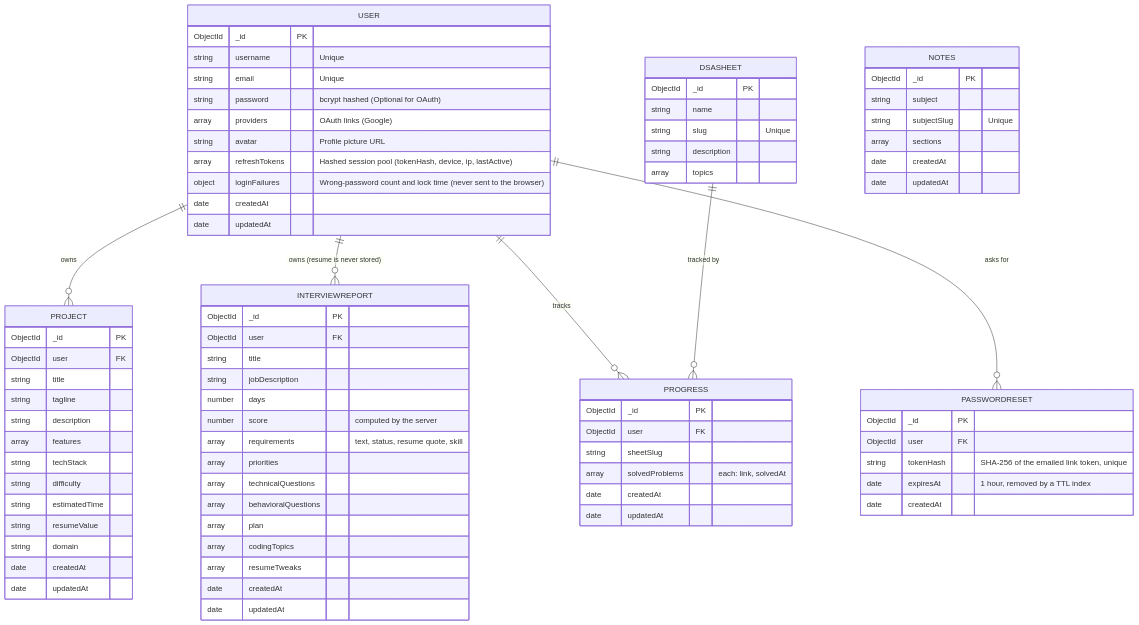
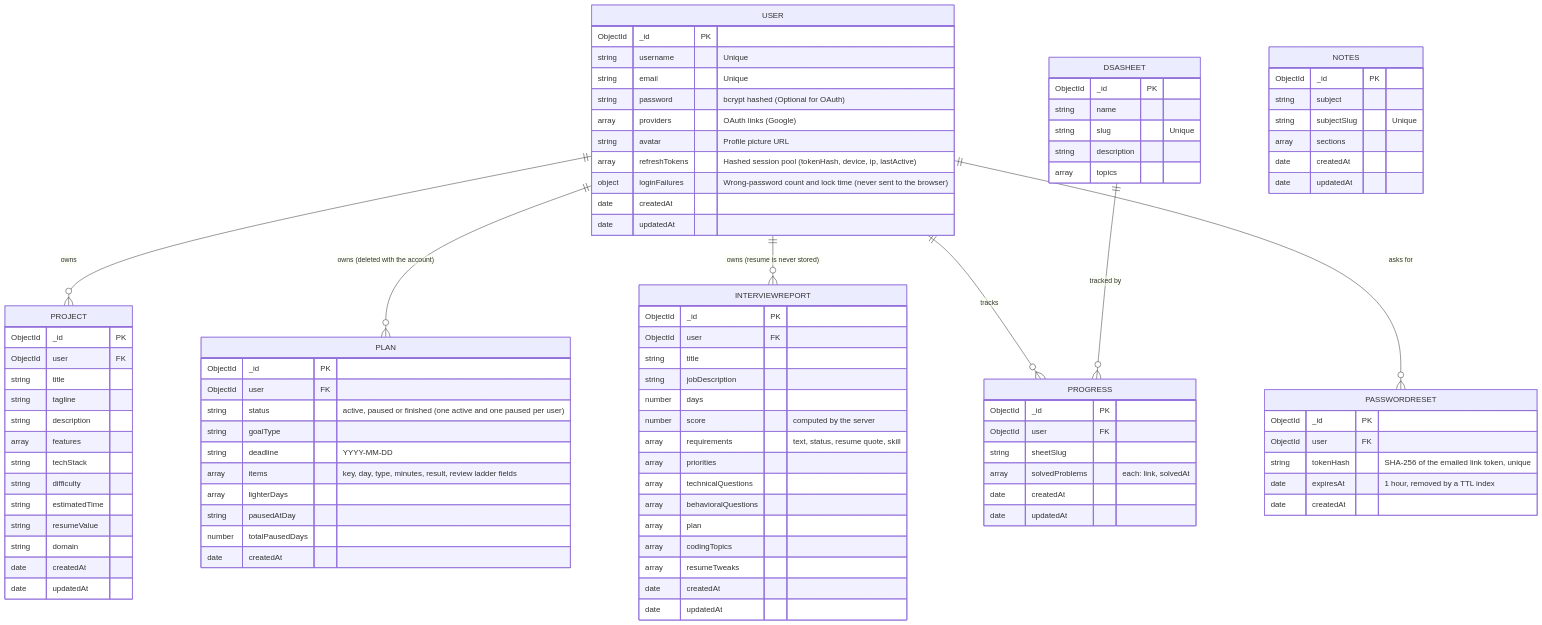
One commit to SahilSameer18/prepstack changed the fourth of 4 diagrams in README.md. Above: the diagram before and after it, drawn with Mermaid. The commit also changed other lines of this file and 9 other files, not shown here.

```diff
--- a/README.md
+++ b/README.md
@@ -419,7 +437,22 @@
         date updatedAt
     }
 
+    PLAN {
+        ObjectId _id PK
+        ObjectId user FK
+        string status "active, paused or finished (one active and one paused per user)"
+        string goalType
+        string deadline "YYYY-MM-DD"
+        array items "key, day, type, minutes, result, review ladder fields"
+        array lighterDays
+        string pausedAtDay
+        number totalPausedDays
+        date createdAt
+    }
+
     USER ||--o{ PROJECT : "owns"
+    USER ||--o{ PLAN : "owns (deleted with the account)"
+
     USER ||--o{ INTERVIEWREPORT : "owns (resume is never stored)"
     USER ||--o{ PROGRESS : "tracks"
     USER ||--o{ PASSWORDRESET : "asks for"
```
